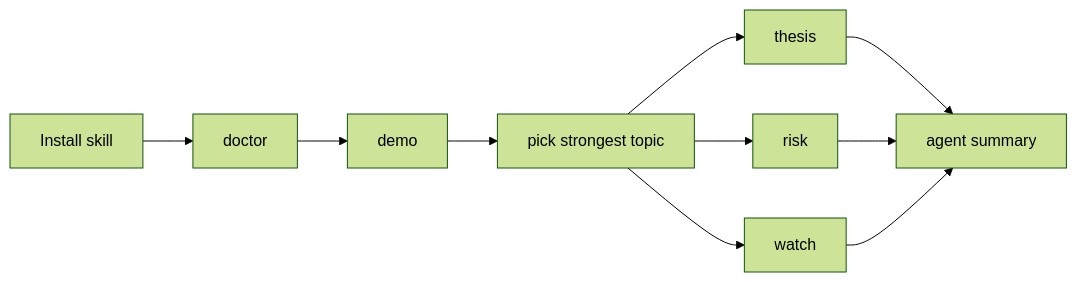
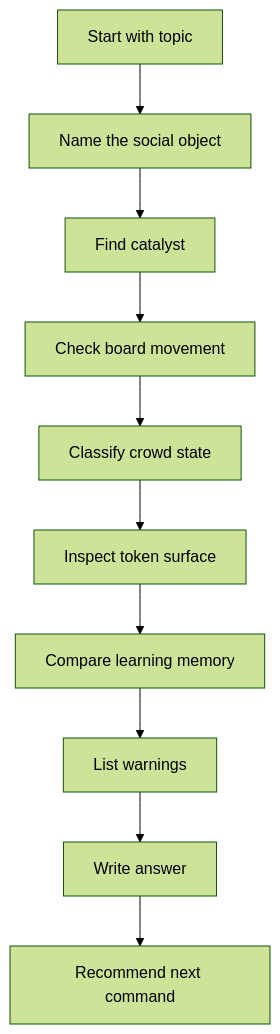
One commit to animeme99/Animeme-Agent changed the tenth of 10 diagrams in README.md. Above: the diagram before and after it, drawn with Mermaid (forest theme). The commit also changed other lines of this file, not shown here.

Commit message:
Refocus README graphs on attention analysis

````diff
--- a/README.md
+++ b/README.md
@@ -318,12 +319,12 @@
 ```mermaid
-flowchart LR
-    Install["Install skill"] --> Doctor["doctor"]
-    Doctor --> Demo["demo"]
-    Demo --> Pick["pick strongest topic"]
-    Pick --> Thesis["thesis"]
-    Pick --> Risk["risk"]
-    Pick --> Watch["watch"]
-    Thesis --> Summary["agent summary"]
-    Risk --> Summary
-    Watch --> Summary
+flowchart TD
+    A["Start with topic"] --> B["Name the social object"]
+    B --> C["Find catalyst"]
+    C --> D["Check board movement"]
+    D --> E["Classify crowd state"]
+    E --> F["Inspect token surface"]
+    F --> G["Compare learning memory"]
+    G --> H["List warnings"]
+    H --> I["Write answer"]
+    I --> J["Recommend next command"]
 ```
````
